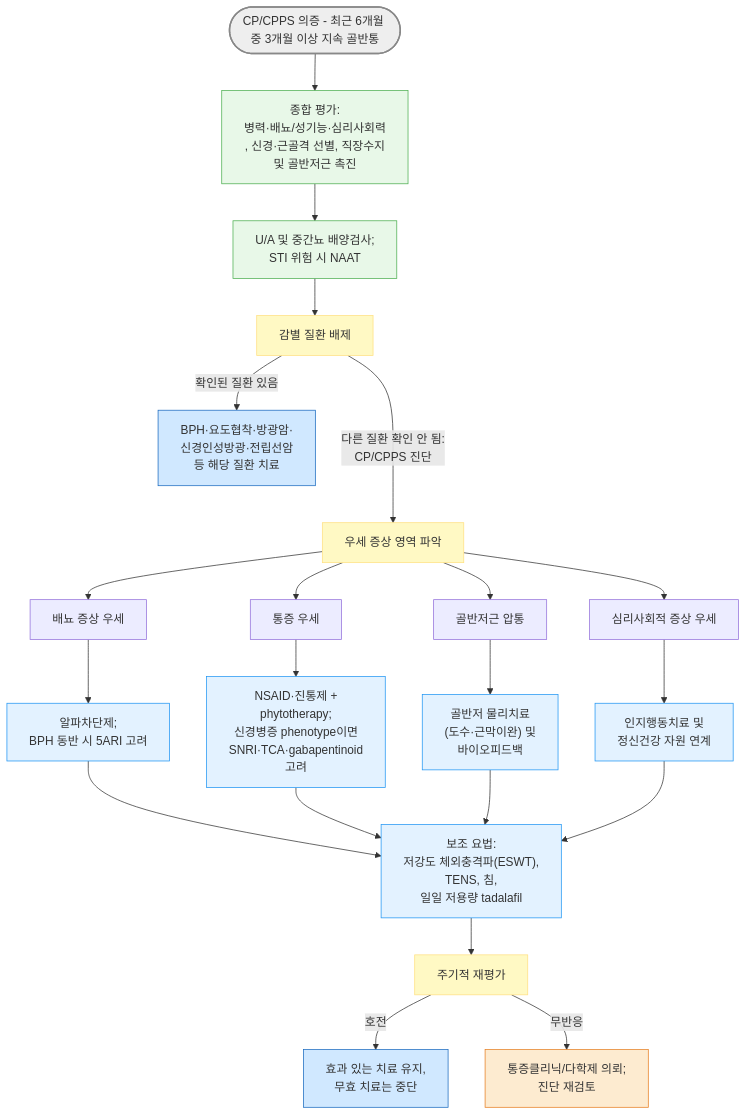
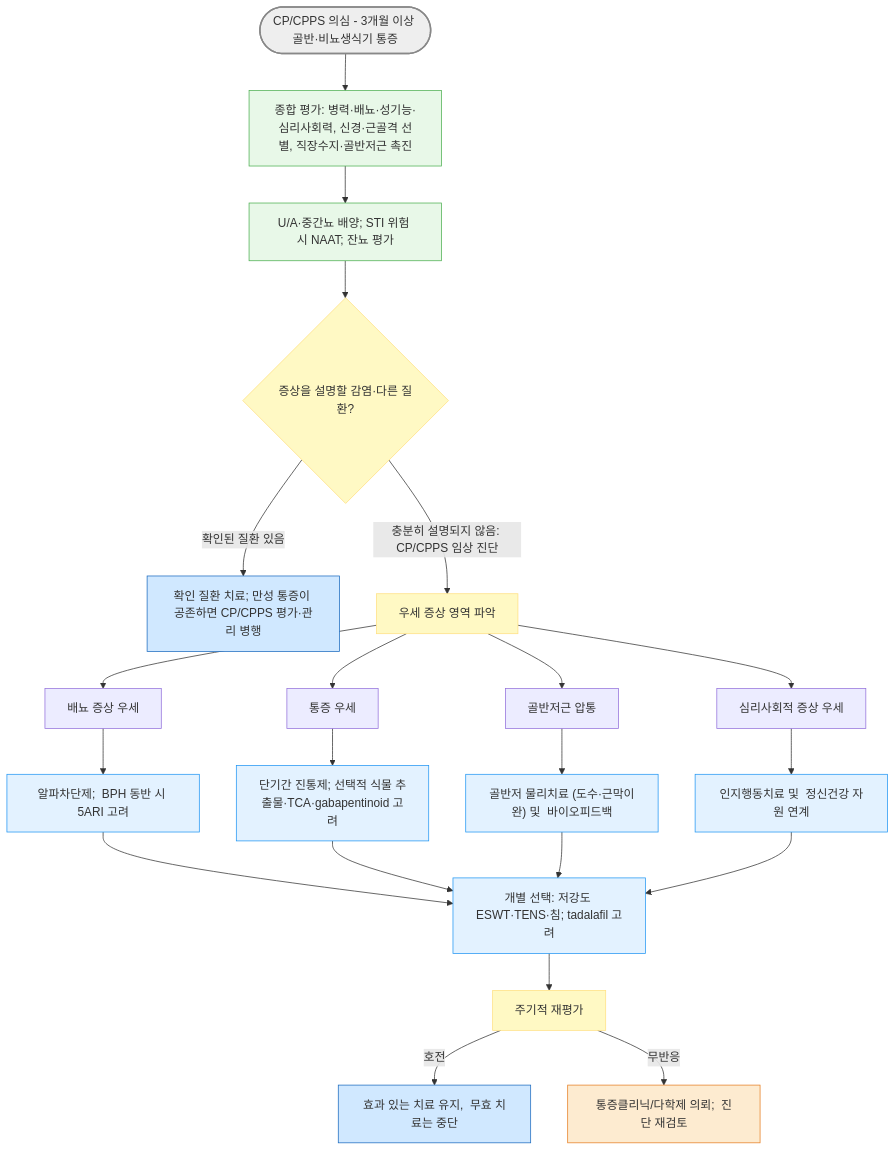
The second of 2 diagrams in 227_/120_-prostatitis.md (familyoh77/familyoh77), drawn with Mermaid before and after one commit. The commit also changed other lines of this file and 9 other files, not shown here.

````diff
--- a/227_/120_-prostatitis.md
+++ b/227_/120_-prostatitis.md
@@ -229,34 +230,34 @@
 ```mermaid
 graph TD
-    Start(["CP/CPPS 의증 - 최근 6개월 중 3개월 이상 지속 골반통"]) --> Eval["종합 평가:<br/> 병력·배뇨/성기능·심리사회력<br/>, 신경·근골격 선별, 직장수지 <br/>및 골반저근 촉진"]
-    Eval --> Lab["U/A 및 중간뇨 배양검사; <br/>STI 위험 시 NAAT"]
-    Lab --> ExclQ["감별 질환 배제"]
-    ExclQ -->|"확인된 질환 있음"| Confusable["BPH·요도협착·방광암·<br/>신경인성방광·전립선암 <br/>등 해당 질환 치료"]
-    ExclQ --->|"다른 질환 확인 안 됨:<br/> CP/CPPS 진단"| Domain["우세 증상 영역 파악"]
+    Start(["CP/CPPS 의심 - 3개월 이상 골반·비뇨생식기 통증"]) --> Eval["종합 평가: 병력·배뇨·성기능·심리사회력, 신경·근골격 선별, 직장수지·골반저근 촉진"]
+    Eval --> Lab["U/A·중간뇨 배양; STI 위험 시 NAAT; 잔뇨 평가"]
+    Lab --> ExclQ{"증상을 설명할 감염·다른 질환?"}
+    ExclQ -->|"확인된 질환 있음"| Confusable["확인 질환 치료; 만성 통증이 공존하면 CP/CPPS 평가·관리 병행"]
+    ExclQ -->|"충분히 설명되지 않음: CP/CPPS 임상 진단"| Domain["우세 증상 영역 파악"]
     Domain --> Voiding["배뇨 증상 우세"]
     Domain --> Pain["통증 우세"]
     Domain --> PFM["골반저근 압통"]
     Domain --> Psych["심리사회적 증상 우세"]
-    Voiding --> TxVoid["알파차단제; <br/>BPH 동반 시 5ARI 고려"]
-    Pain --> TxPain["NSAID·진통제 + <br/>phytotherapy; <br/>신경병증 phenotype이면 <br/>SNRI·TCA·gabapentinoid <br/>고려"]
-    PFM --> TxPFM["골반저 물리치료<br/>(도수·근막이완) 및 <br/>바이오피드백"]
-    Psych --> TxPsych["인지행동치료 및 <br/>정신건강 자원 연계"]
-    TxVoid --> Adjunct["보조 요법: <br/>저강도 체외충격파(ESWT), <br/>TENS, 침, <br/>일일 저용량 tadalafil"]
+    Voiding --> TxVoid["알파차단제;  BPH 동반 시 5ARI 고려"]
+    Pain --> TxPain["단기간 진통제; 선택적 식물 추출물·TCA·gabapentinoid 고려"]
+    PFM --> TxPFM["골반저 물리치료 (도수·근막이완) 및  바이오피드백"]
+    Psych --> TxPsych["인지행동치료 및  정신건강 자원 연계"]
+    TxVoid --> Adjunct["개별 선택: 저강도 ESWT·TENS·침; tadalafil 고려"]
     TxPain --> Adjunct
     TxPFM --> Adjunct
     TxPsych --> Adjunct
     Adjunct --> Reassess["주기적 재평가"]
-    Reassess -->|"호전"| Continue["효과 있는 치료 유지, <br/>무효 치료는 중단"]
-    Reassess -->|"무반응"| MDT["통증클리닉/다학제 의뢰; <br/>진단 재검토"]
+    Reassess -->|"호전"| Continue["효과 있는 치료 유지,  무효 치료는 중단"]
+    Reassess -->|"무반응"| MDT["통증클리닉/다학제 의뢰;  진단 재검토"]
 
     style Start fill:#eeeeee,stroke:#888888,stroke-width:2px
 classDef yellow fill:#fff9c4,stroke:#ffe082
 	class ExclQ,Reassess,Domain yellow
 classDef lightGreen fill:#e8f8e8,stroke:#4caf50
 	class Eval,Lab lightGreen
 classDef sky fill:#e3f2ff,stroke:#2196f3
 	class TxVoid,TxPain,TxPFM,TxPsych,Adjunct sky
 classDef blue fill:#d0e8ff,stroke:#1a6abf
 	class Confusable,Continue blue
 style MDT fill:#fdebd0,stroke:#e67e22
 ```
````
